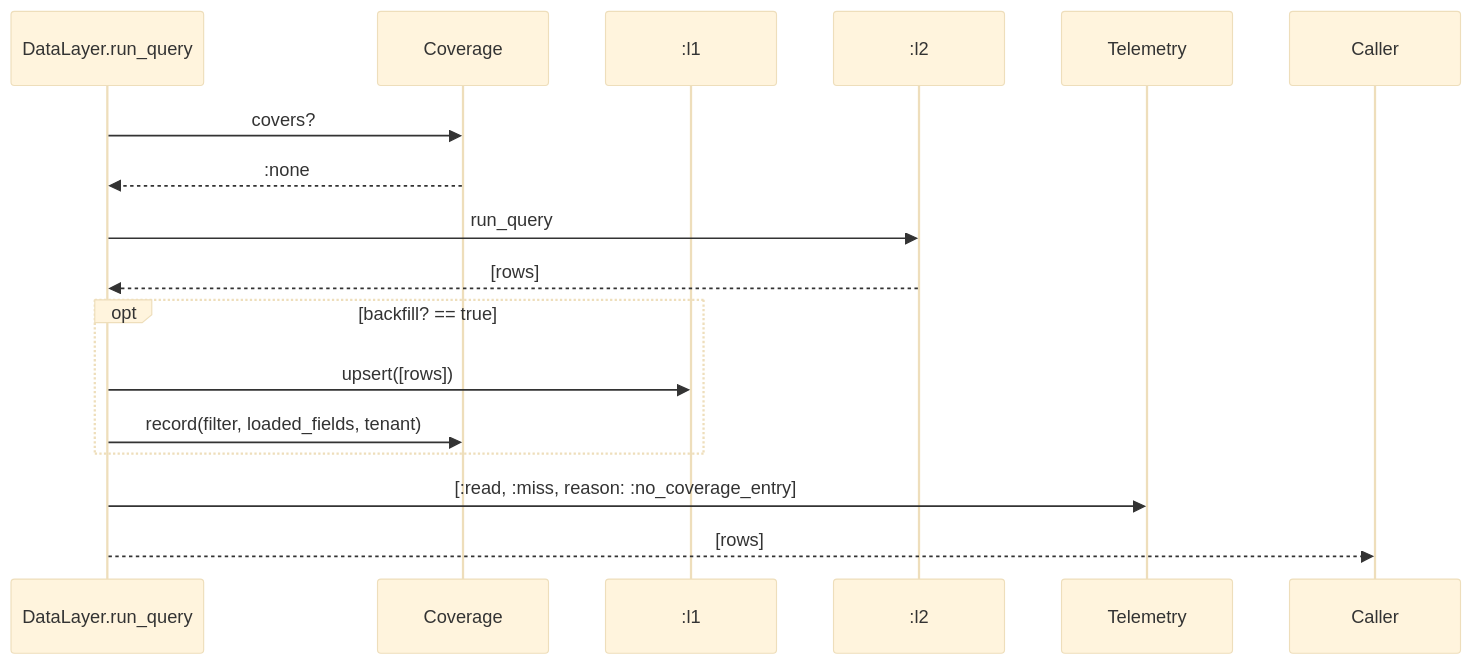
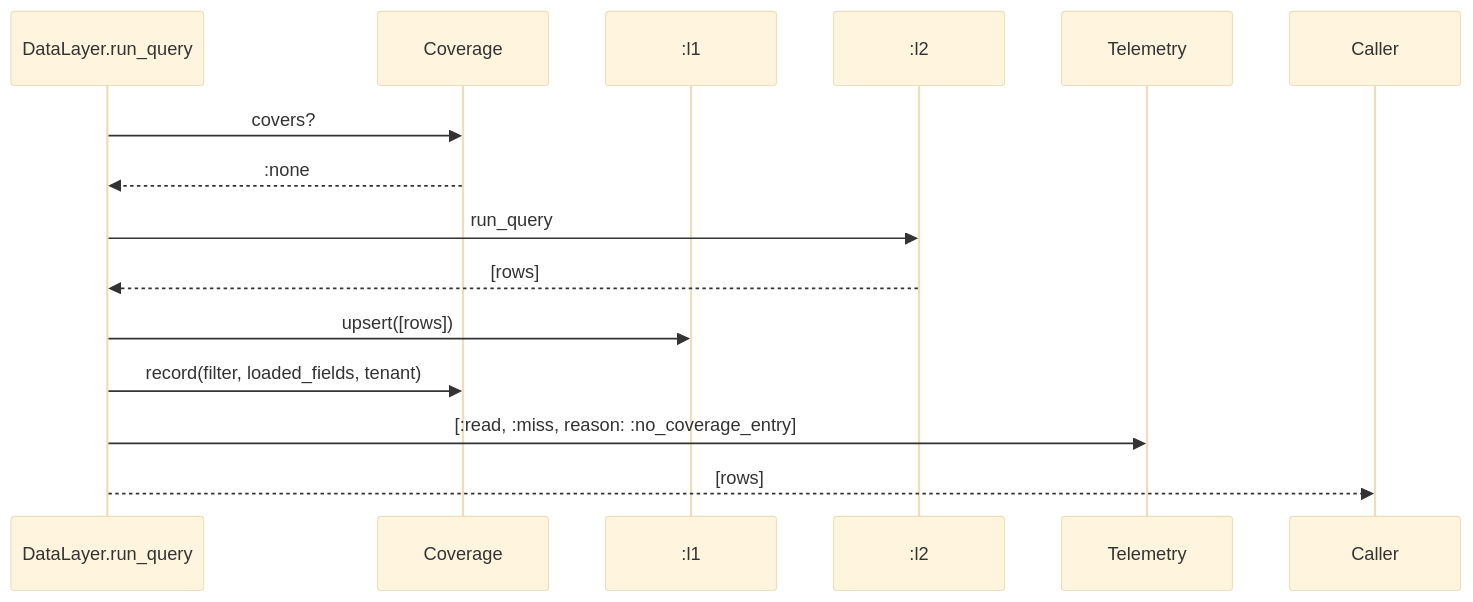
Before and after one commit to barnabasJ/ash_multi_datalayer: the fifth of 6 diagrams in docs/technical/ash-multi-datalayer.md, drawn with Mermaid (base theme). The commit also changed other lines of this file and 13 other files, not shown here.

````diff
--- a/docs/technical/ash-multi-datalayer.md
+++ b/docs/technical/ash-multi-datalayer.md
@@ -375,19 +463,17 @@
 ```mermaid
 sequenceDiagram
   participant MDL as DataLayer.run_query
   participant Cov as Coverage
   participant L1 as :l1
   participant L2 as :l2
   participant Tel as Telemetry
 
   MDL->>Cov: covers?
   Cov-->>MDL: :none
   MDL->>L2: run_query
   L2-->>MDL: [rows]
-  opt backfill? == true
-    MDL->>L1: upsert([rows])
-    MDL->>Cov: record(filter, loaded_fields, tenant)
-  end
+  MDL->>L1: upsert([rows])
+  MDL->>Cov: record(filter, loaded_fields, tenant)
   MDL->>Tel: [:read, :miss, reason: :no_coverage_entry]
   MDL-->>Caller: [rows]
 ```
````
